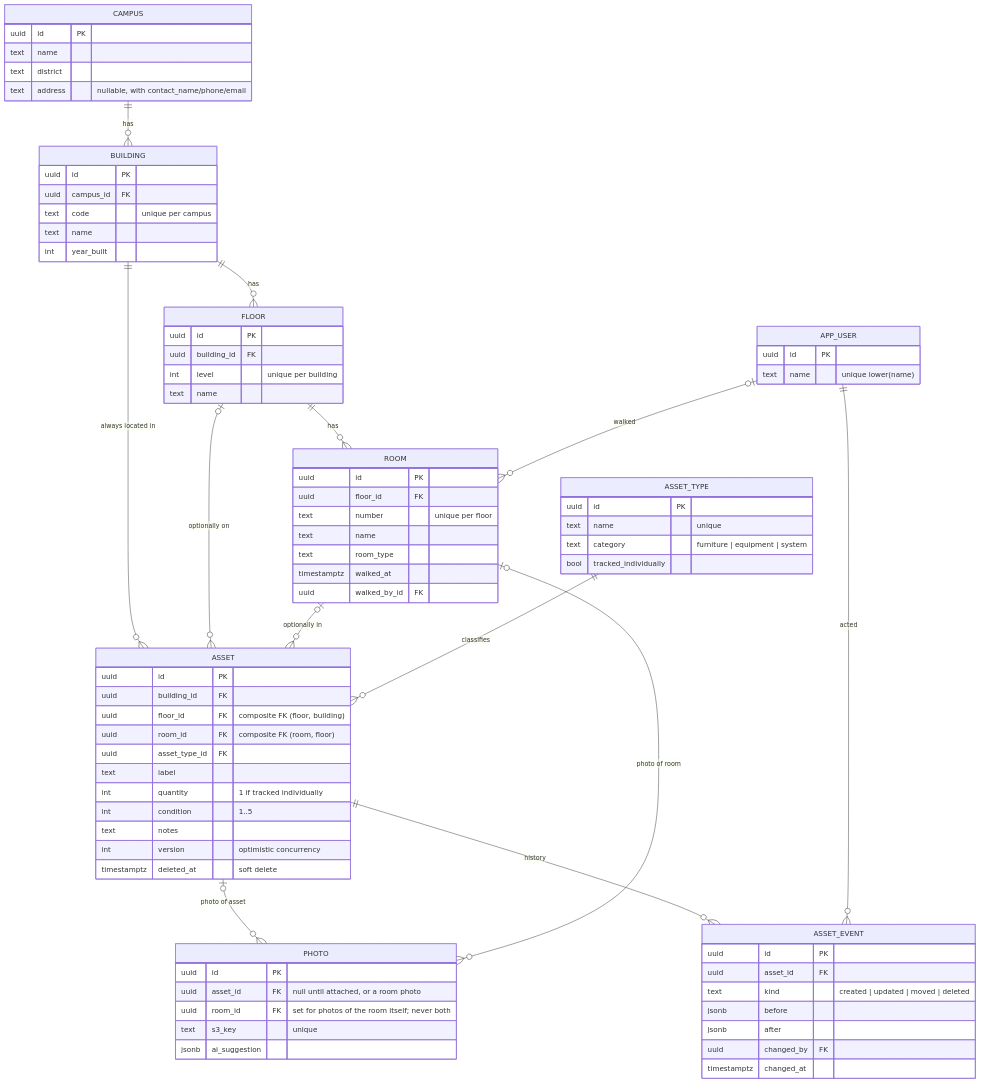
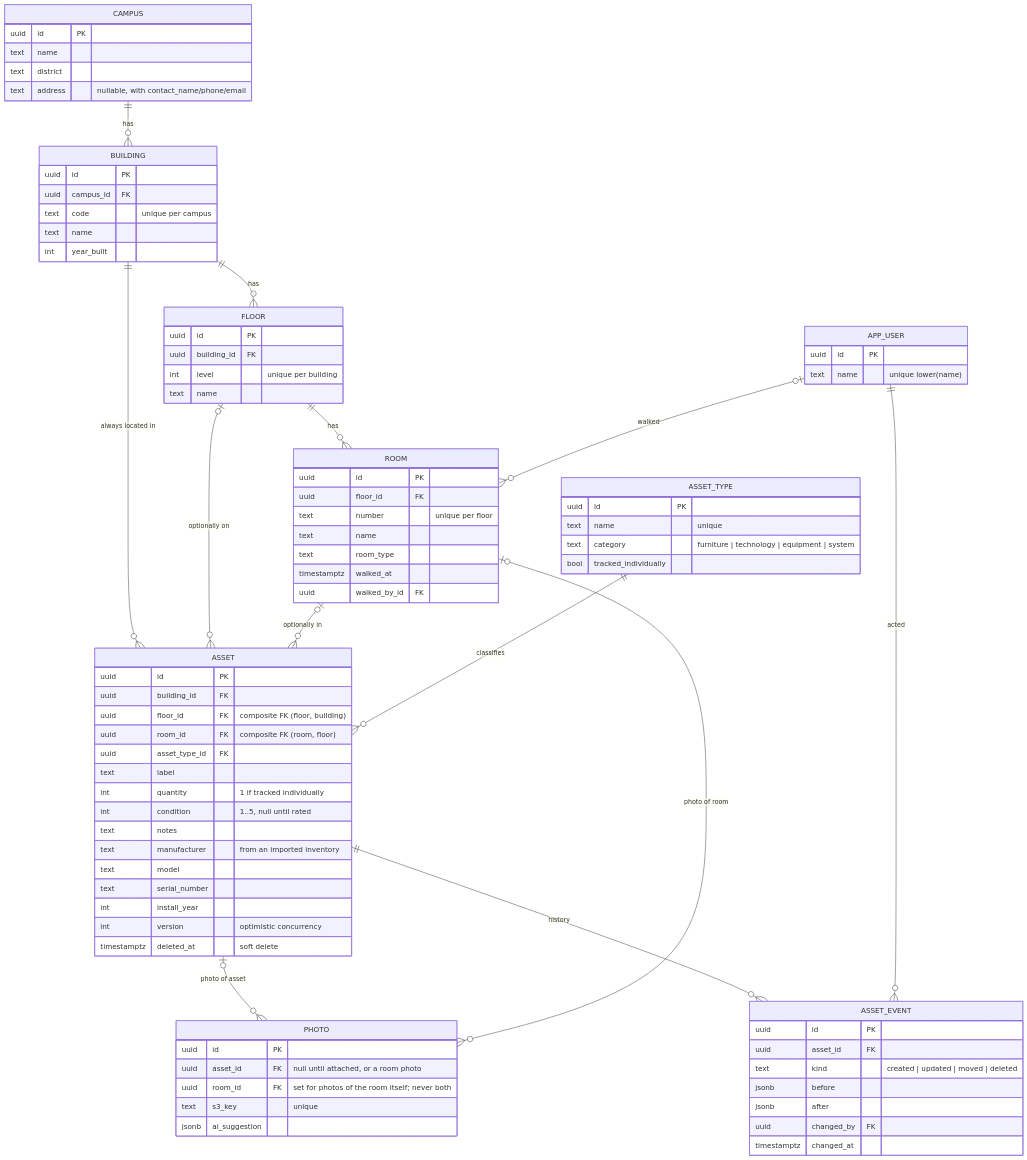
The fifth of 7 diagrams in docs/architecture.md (mcsantiago/vlk-architects-campus-walk), drawn with Mermaid before and after one commit. The commit also changed 26 other files, not shown here.

First line of the commit message:
Add unrated assets, provenance fields, a technology category and free-text room types

```diff
--- a/docs/architecture.md
+++ b/docs/architecture.md
@@ -199,7 +199,7 @@
   ASSET_TYPE {
     uuid id PK
     text name "unique"
-    text category "furniture | equipment | system"
+    text category "furniture | technology | equipment | system"
     bool tracked_individually
   }
   ASSET {
@@ -210,8 +210,12 @@
     uuid asset_type_id FK
     text label
     int quantity "1 if tracked individually"
-    int condition "1..5"
+    int condition "1..5, null until rated"
     text notes
+    text manufacturer "from an imported inventory"
+    text model
+    text serial_number
+    int install_year
     int version "optimistic concurrency"
     timestamptz deleted_at "soft delete"
   }
```
